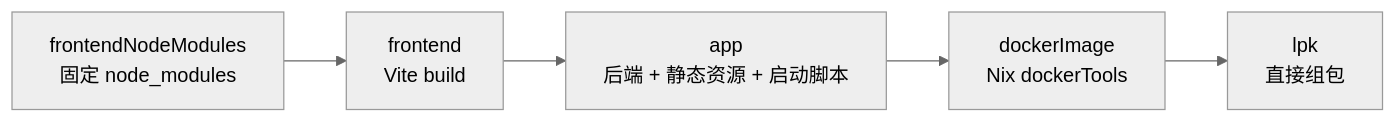
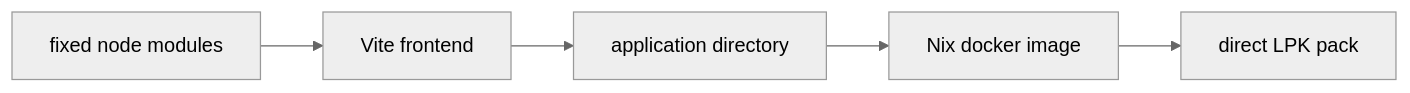
One commit to zerokaze420/zerokaze_blog_sveltekit changed the third of 8 diagrams in src/lib/posts/nix-remote-build.md. Above: the diagram before and after it, drawn with Mermaid (neutral theme). The commit also changed other lines of this file and 2 other files, not shown here.

Commit message:
Add post table of contents and fix Mermaid rendering

````diff
--- a/src/lib/posts/nix-remote-build.md
+++ b/src/lib/posts/nix-remote-build.md
@@ -67,7 +67,7 @@
 ```mermaid
 flowchart LR
-  A["frontendNodeModules\n固定 node_modules"] --> B["frontend\nVite build"]
-  B --> C["app\n后端 + 静态资源 + 启动脚本"]
-  C --> D["dockerImage\nNix dockerTools"]
-  D --> E["lpk\n直接组包"]
+  A["fixed node modules"] --> B["Vite frontend"]
+  B --> C["application directory"]
+  C --> D["Nix docker image"]
+  D --> E["direct LPK pack"]
 ```
````
